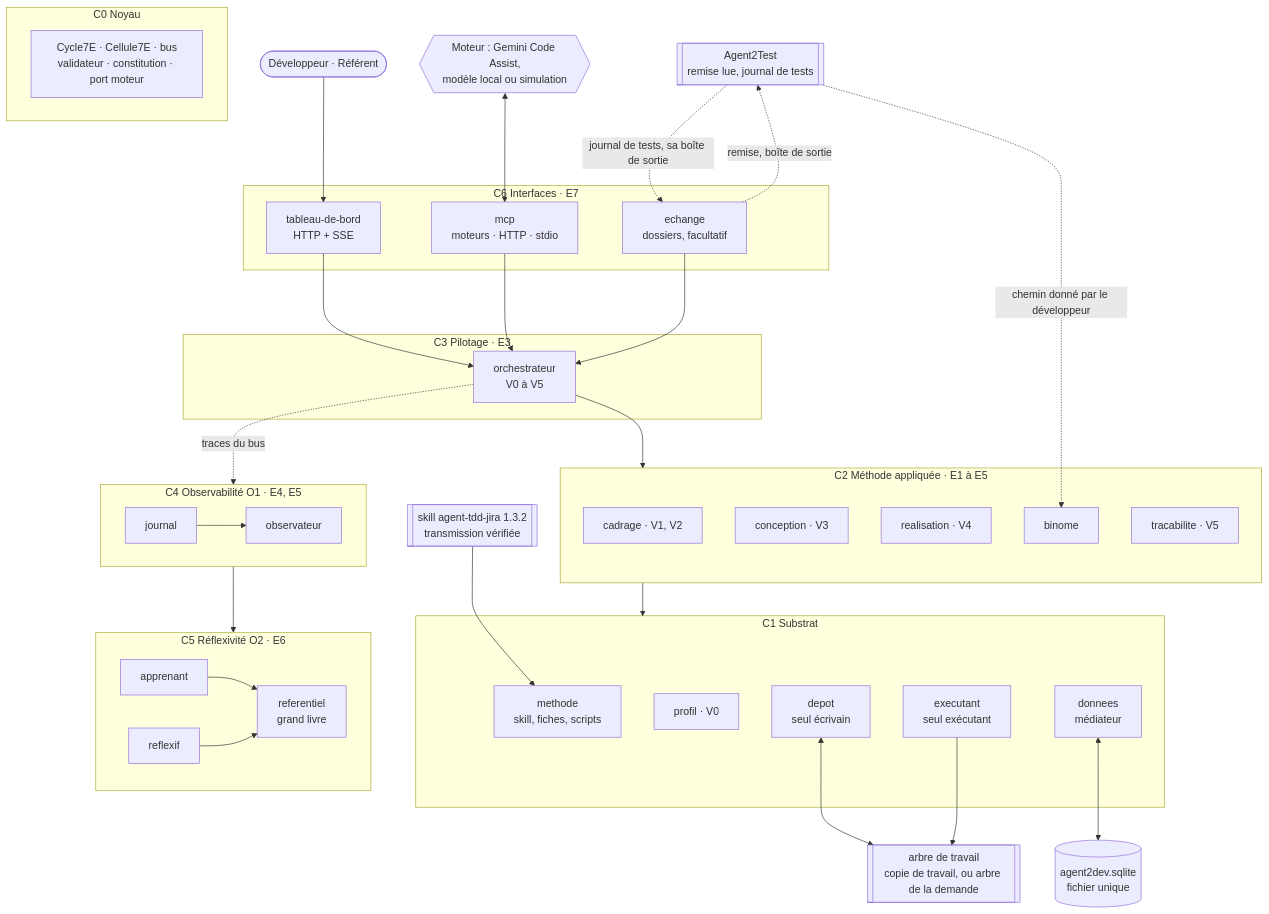
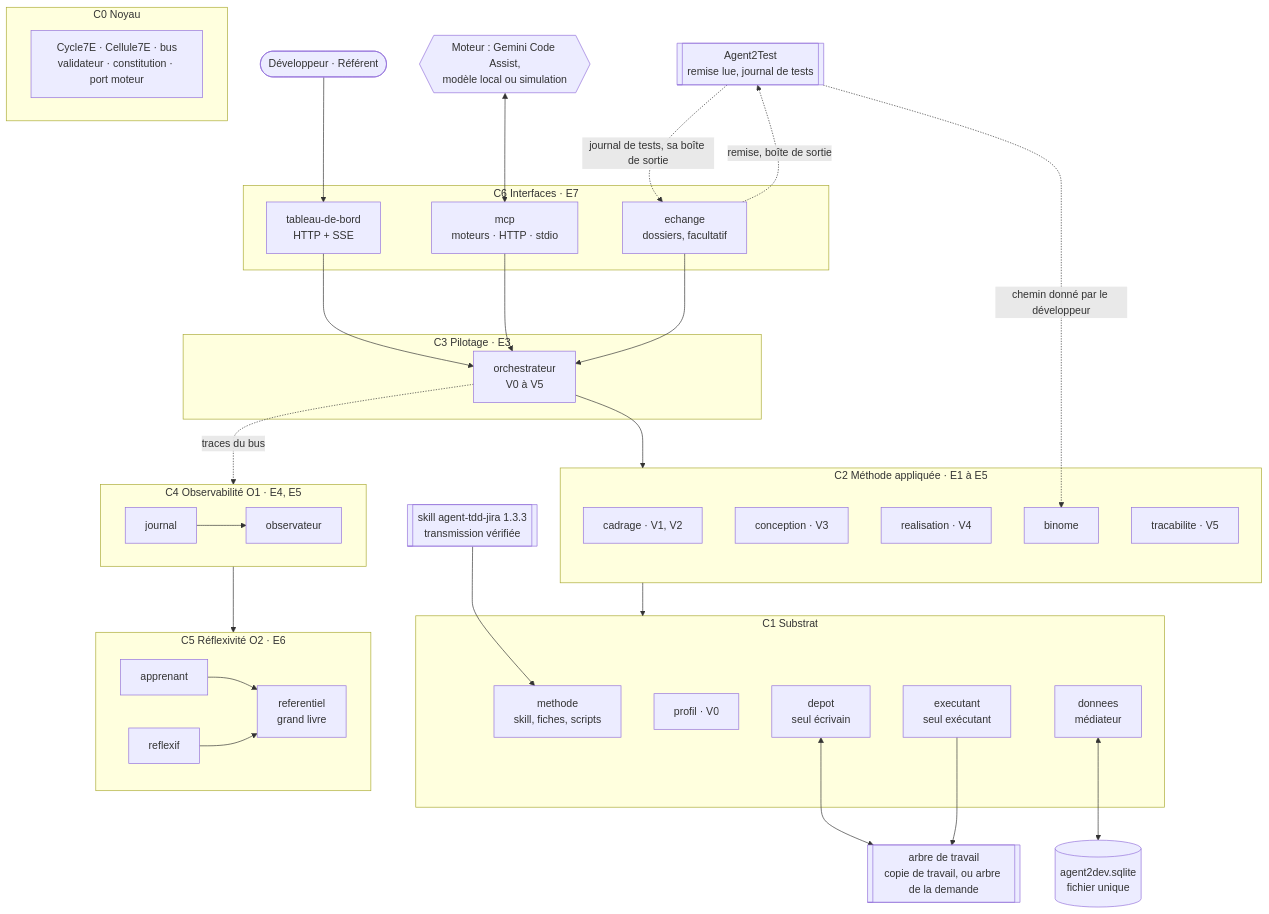
Before and after one commit to FredGarcia/Agent2Prompt: the diagram in specs/agent2dev/SKILL.md, drawn with Mermaid. The commit also changed other lines of this file and 37 other files, not shown here.

First line of the commit message:
spec(agent2test, agent-tdd-jira, agent2dev, orchestrateur-c7e): versions 1.3.0, 1.3.3, 1.1.2 et 3.5.2, constat perceptif du navigateur

````diff
--- a/specs/agent2dev/SKILL.md
+++ b/specs/agent2dev/SKILL.md
@@ -69,57 +69,57 @@
 ```mermaid
 flowchart TB
   DEV(["Développeur · Référent"])
   GEM{{"Moteur : Gemini Code Assist,<br/>modèle local ou simulation"}}
-  SK[["skill agent-tdd-jira 1.3.2<br/>transmission vérifiée"]]
+  SK[["skill agent-tdd-jira 1.3.3<br/>transmission vérifiée"]]
   A2T[["Agent2Test<br/>remise lue, journal de tests"]]
   subgraph C6["C6 Interfaces · E7"]
     TDB["tableau-de-bord<br/>HTTP + SSE"]
     MCP["mcp<br/>moteurs · HTTP · stdio"]
     ECH["echange<br/>dossiers, facultatif"]
   end
   subgraph C3["C3 Pilotage · E3"]
     ORC["orchestrateur<br/>V0 à V5"]
   end
   subgraph C2["C2 Méthode appliquée · E1 à E5"]
     CAD["cadrage · V1, V2"]
     CON["conception · V3"]
     REA["realisation · V4"]
     BIN["binome"]
     TRA["tracabilite · V5"]
   end
   subgraph C1["C1 Substrat"]
     MET["methode<br/>skill, fiches, scripts"]
     PRO["profil · V0"]
     DEP["depot<br/>seul écrivain"]
     EXE["executant<br/>seul exécutant"]
     DON["donnees<br/>médiateur"]
   end
   subgraph C0["C0 Noyau"]
     K["Cycle7E · Cellule7E · bus<br/>validateur · constitution · port moteur"]
   end
   subgraph C4["C4 Observabilité O1 · E4, E5"]
     JRN["journal"] --> OBS["observateur"]
   end
   subgraph C5["C5 Réflexivité O2 · E6"]
     APP["apprenant"] --> REF["referentiel<br/>grand livre"]
     RFX["reflexif"] --> REF
   end
   PROJ[["arbre de travail<br/>copie de travail, ou arbre de la demande"]]
   BDD[("agent2dev.sqlite<br/>fichier unique")]
   DEV --> TDB
   GEM <--> MCP
   TDB --> ORC
   MCP --> ORC
   ECH --> ORC
   ORC --> C2
   C2 --> C1
   SK --> MET
   A2T -.->|"chemin donné par le développeur"| BIN
   ECH -.->|"remise, boîte de sortie"| A2T
   A2T -.->|"journal de tests, sa boîte de sortie"| ECH
   DEP <--> PROJ
   EXE --> PROJ
   DON <--> BDD
   ORC -.->|"traces du bus"| C4
   C4 --> C5
 ```
````
